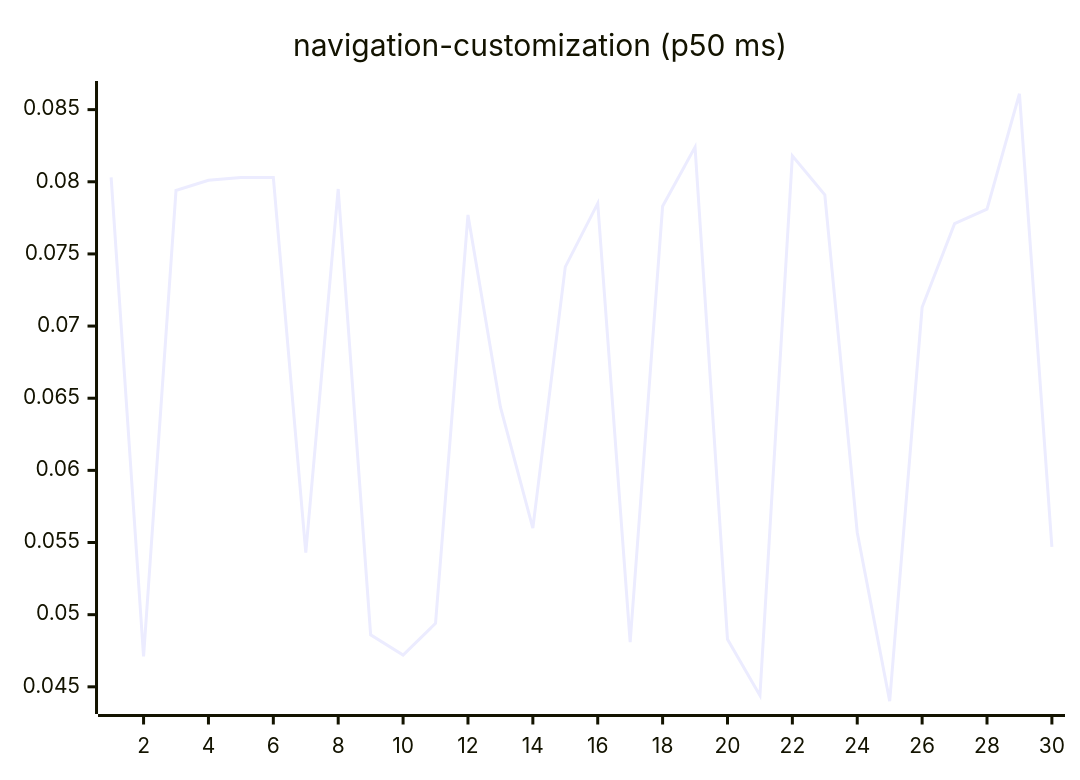
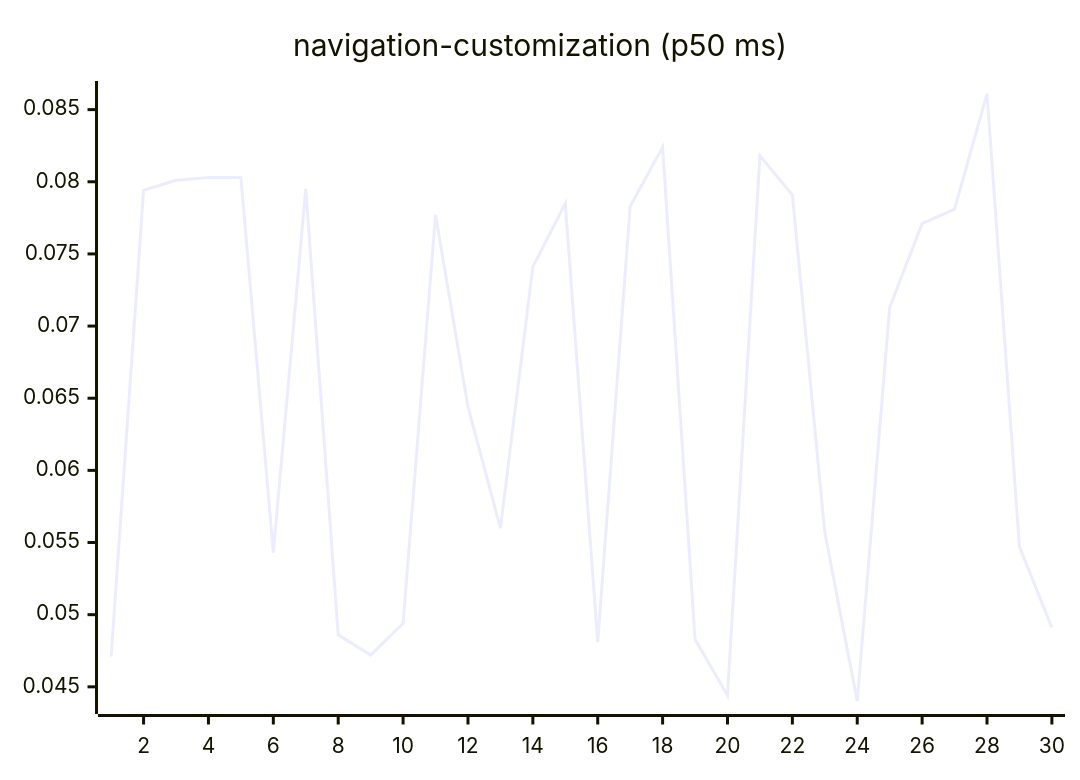
Diagram 15 of 27 in README.md (josha/Facet), drawn with Mermaid before and after one commit. The commit also changed other lines of this file and 2 other files, not shown here.

````diff
--- a/README.md
+++ b/README.md
@@ -161,6 +161,6 @@
 ```mermaid
 xychart-beta
     title "navigation-customization (p50 ms)"
     x-axis 1 --> 30
-    line [0.0803, 0.0471, 0.0794, 0.0801, 0.0803, 0.0803, 0.0543, 0.0795, 0.0486, 0.0472, 0.0494, 0.0777, 0.0644, 0.0560, 0.0741, 0.0785, 0.0481, 0.0783, 0.0824, 0.0483, 0.0444, 0.0818, 0.0791, 0.0557, 0.0440, 0.0713, 0.0771, 0.0781, 0.0861, 0.0547]
+    line [0.0471, 0.0794, 0.0801, 0.0803, 0.0803, 0.0543, 0.0795, 0.0486, 0.0472, 0.0494, 0.0777, 0.0644, 0.0560, 0.0741, 0.0785, 0.0481, 0.0783, 0.0824, 0.0483, 0.0444, 0.0818, 0.0791, 0.0557, 0.0440, 0.0713, 0.0771, 0.0781, 0.0861, 0.0547, 0.0491]
 ```
````
